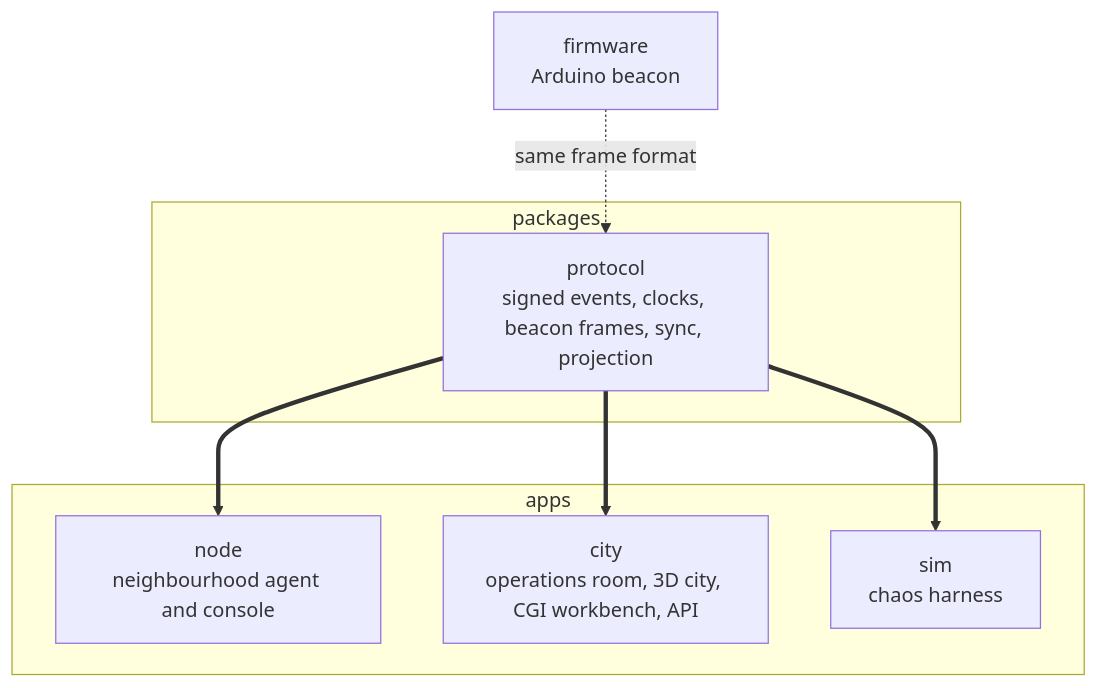
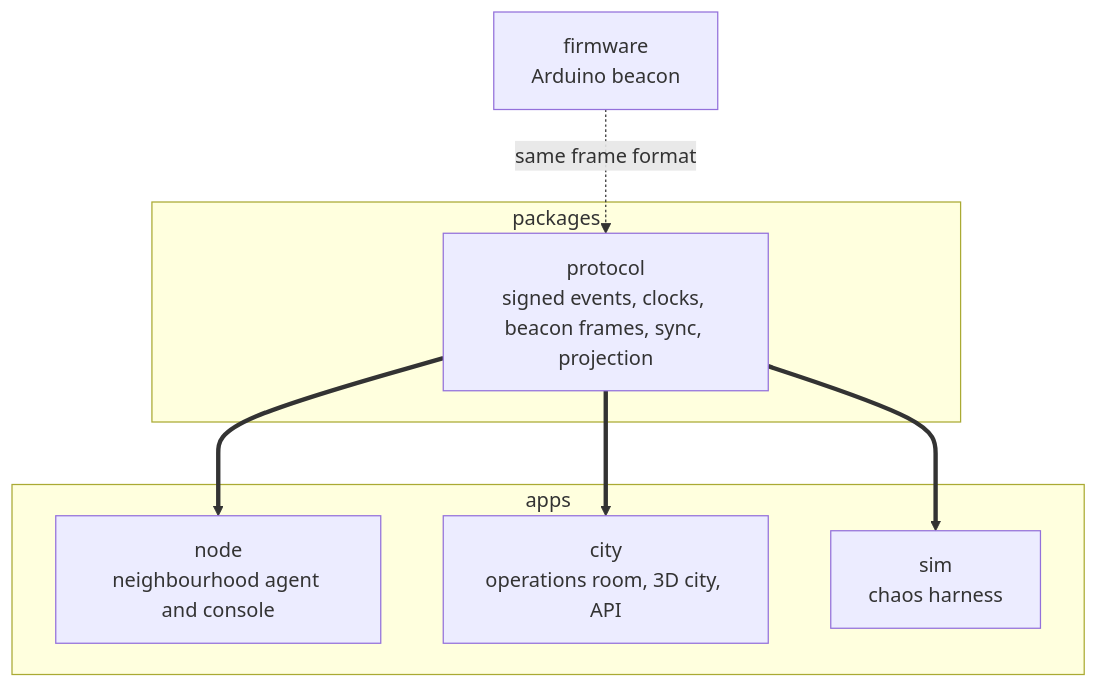
The second of 2 diagrams in README.md (GautamTalksDev/porchlight), drawn with Mermaid before and after one commit. The commit also changed other lines of this file and 17 other files, not shown here.

````diff
--- a/README.md
+++ b/README.md
@@ -114,16 +112,16 @@
 ```mermaid
 flowchart TB
     subgraph shared["packages"]
       P["protocol<br/>signed events, clocks, beacon frames, sync, projection"]
     end
     subgraph run["apps"]
       NODE["node<br/>neighbourhood agent and console"]
-      CITY["city<br/>operations room, 3D city, CGI workbench, API"]
+      CITY["city<br/>operations room, 3D city, API"]
       SIM["sim<br/>chaos harness"]
     end
     FW["firmware<br/>Arduino beacon"]
     P ==> NODE
     P ==> CITY
     P ==> SIM
     FW -.->|same frame format| P
 ```
````
